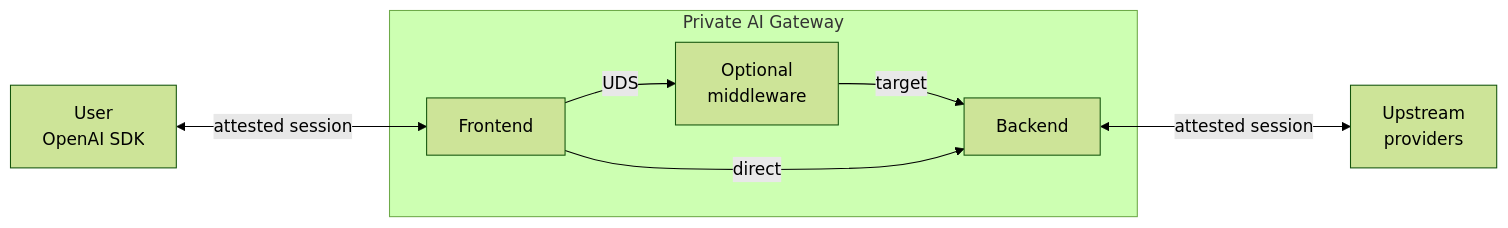
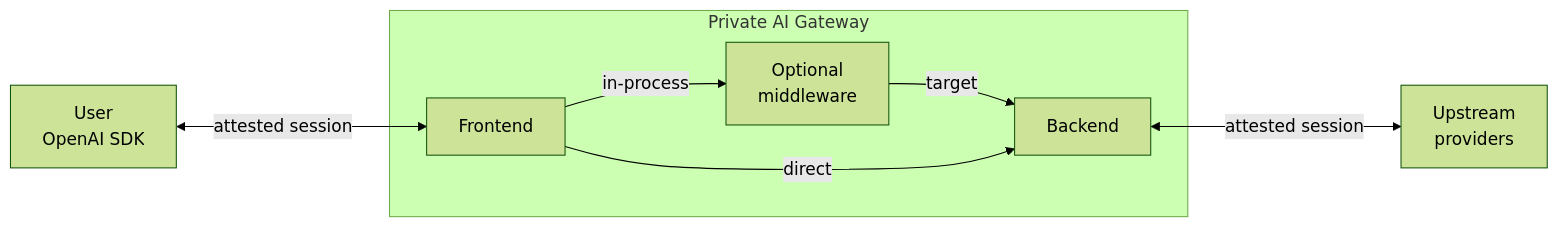
The diagram in README.md (Dstack-TEE/private-ai-gateway), drawn with Mermaid (forest theme) before and after one commit. The commit also changed other lines of this file and 101 other files, not shown here.

````diff
--- a/README.md
+++ b/README.md
@@ -64,19 +64,19 @@
 ```mermaid
 %%{init: {"flowchart": {"nodeSpacing": 40, "rankSpacing": 70}}}%%
 flowchart LR
   user["User<br/>OpenAI SDK"]
   upstream["Upstream<br/>providers"]
 
   subgraph gateway["Private AI Gateway"]
     frontend["Frontend"]
     middleware["Optional<br/>middleware"]
     backend["Backend"]
 
-    frontend -->|"UDS"| middleware
+    frontend -->|"in-process"| middleware
     middleware -->|"target"| backend
     frontend -->|"direct"| backend
   end
 
   user <-->|"attested session"| frontend
   backend <-->|"attested session"| upstream
 ```
````
